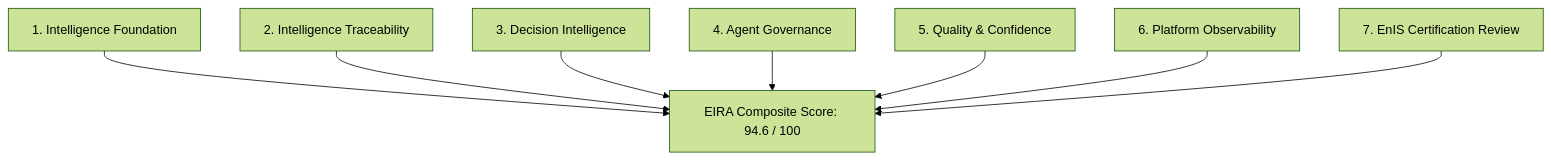
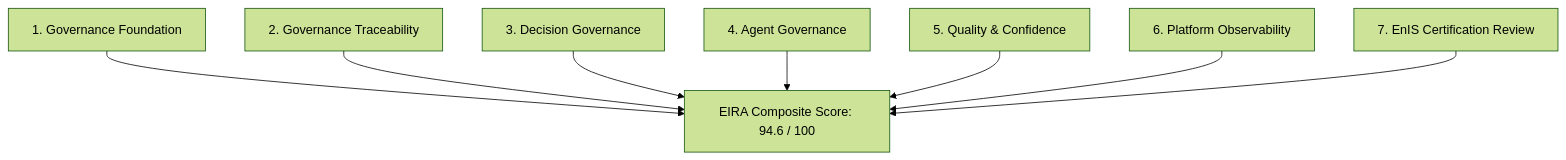
The diagram in EIRA_REPORT.md (marcelosouzaillumine/illumine-estrategic-intelligence-advisor), drawn with Mermaid (forest theme) before and after one commit. The commit also changed other lines of this file and 1140 other files, not shown here.

````diff
--- a/EIRA_REPORT.md
+++ b/EIRA_REPORT.md
@@ -23,10 +23,10 @@
 ```mermaid
 graph TD
-    IFR[1. Intelligence Foundation] --> Score[EIRA Composite Score: 94.6 / 100]
-    IT[2. Intelligence Traceability] --> Score
-    DIR[3. Decision Intelligence] --> Score
+    IFR[1. Governance Foundation] --> Score[EIRA Composite Score: 94.6 / 100]
+    IT[2. Governance Traceability] --> Score
+    DIR[3. Decision Governance] --> Score
     AGR[4. Agent Governance] --> Score
     IQC[5. Quality & Confidence] --> Score
     POR[6. Platform Observability] --> Score
     EIC[7. EnIS Certification Review] --> Score
 ```
````
